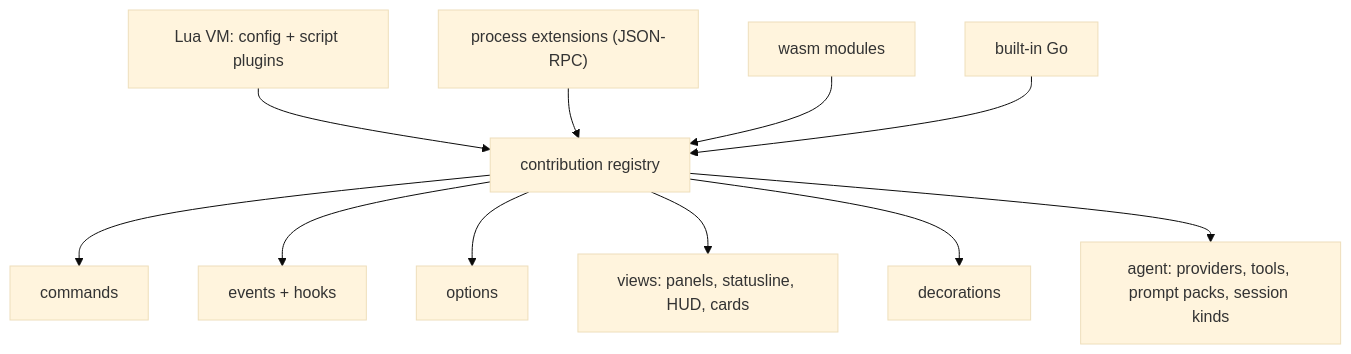
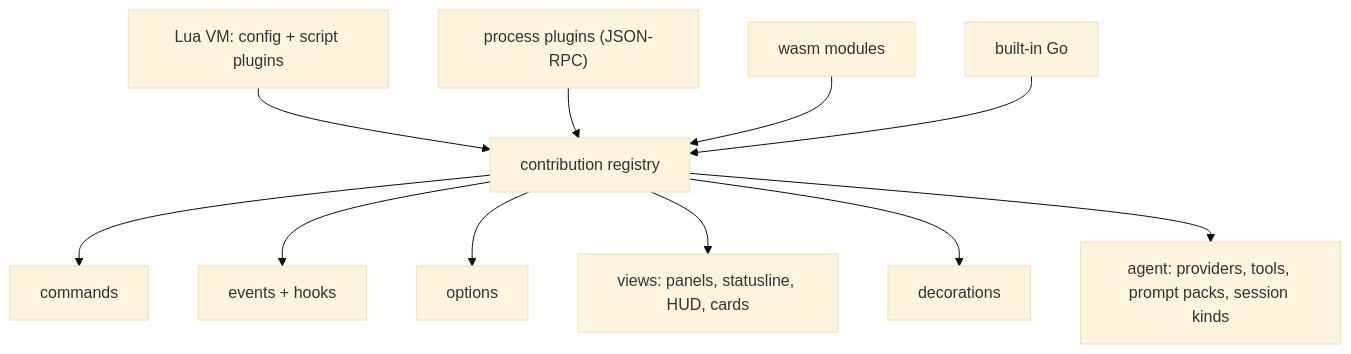
Before and after one commit to liamg/oriel: the diagram in _design/plugins.md, drawn with Mermaid (base theme). The commit also changed other lines of this file and 220 other files, not shown here.

````diff
--- a/_design/plugins.md
+++ b/_design/plugins.md
@@ -45,14 +45,14 @@
 ```mermaid
 flowchart TB
   Reg["contribution registry"]
   Lua["Lua VM: config + script plugins"] --> Reg
-  Proc["process extensions (JSON-RPC)"] --> Reg
+  Proc["process plugins (JSON-RPC)"] --> Reg
   Wasm["wasm modules"] --> Reg
   Go["built-in Go"] --> Reg
   Reg --> Cmd["commands"]
   Reg --> Ev["events + hooks"]
   Reg --> Opt["options"]
   Reg --> View["views: panels, statusline, HUD, cards"]
   Reg --> Dec["decorations"]
   Reg --> Agt["agent: providers, tools, prompt packs, session kinds"]
 ```
````
